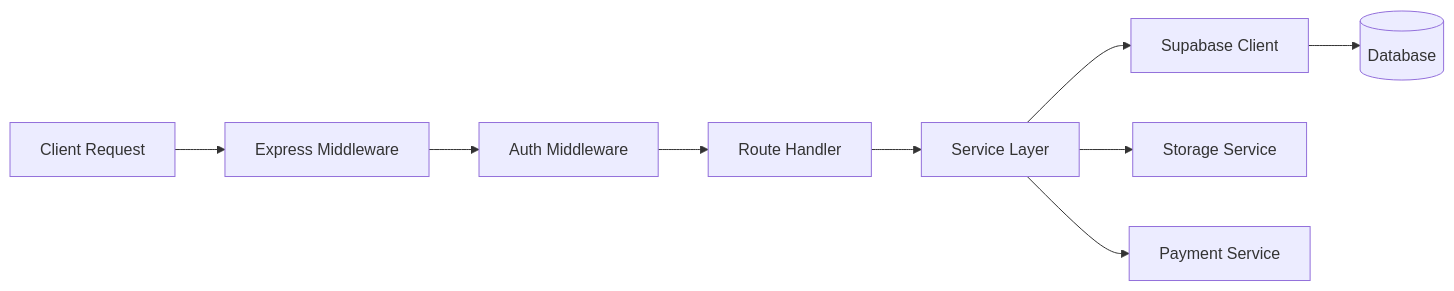
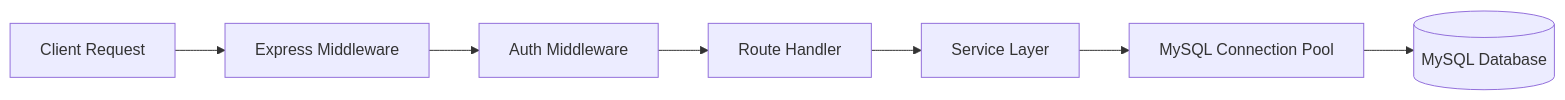
The second of 3 diagrams in .trae/documents/arch.md (1565588753/ssdtool), drawn with Mermaid before and after one commit. The commit also changed other lines of this file and 8 other files, not shown here.

````diff
--- a/.trae/documents/arch.md
+++ b/.trae/documents/arch.md
@@ -136,11 +136,9 @@
 ```mermaid
 graph LR
     A[Client Request] --> B[Express Middleware]
     B --> C[Auth Middleware]
     C --> D[Route Handler]
     D --> E[Service Layer]
-    E --> F[Supabase Client]
-    F --> G[(Database)]
-    E --> H[Storage Service]
-    E --> I[Payment Service]
+    E --> F[MySQL Connection Pool]
+    F --> G[(MySQL Database)]
 ```
````
